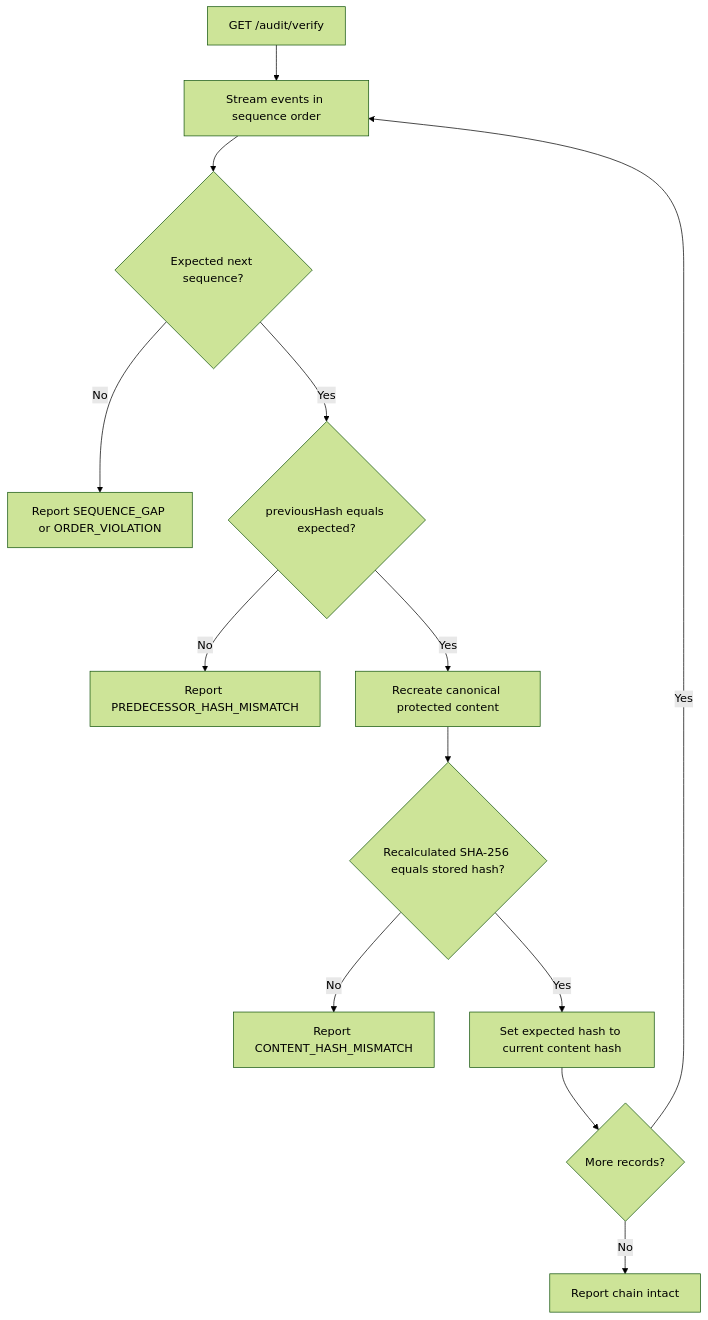
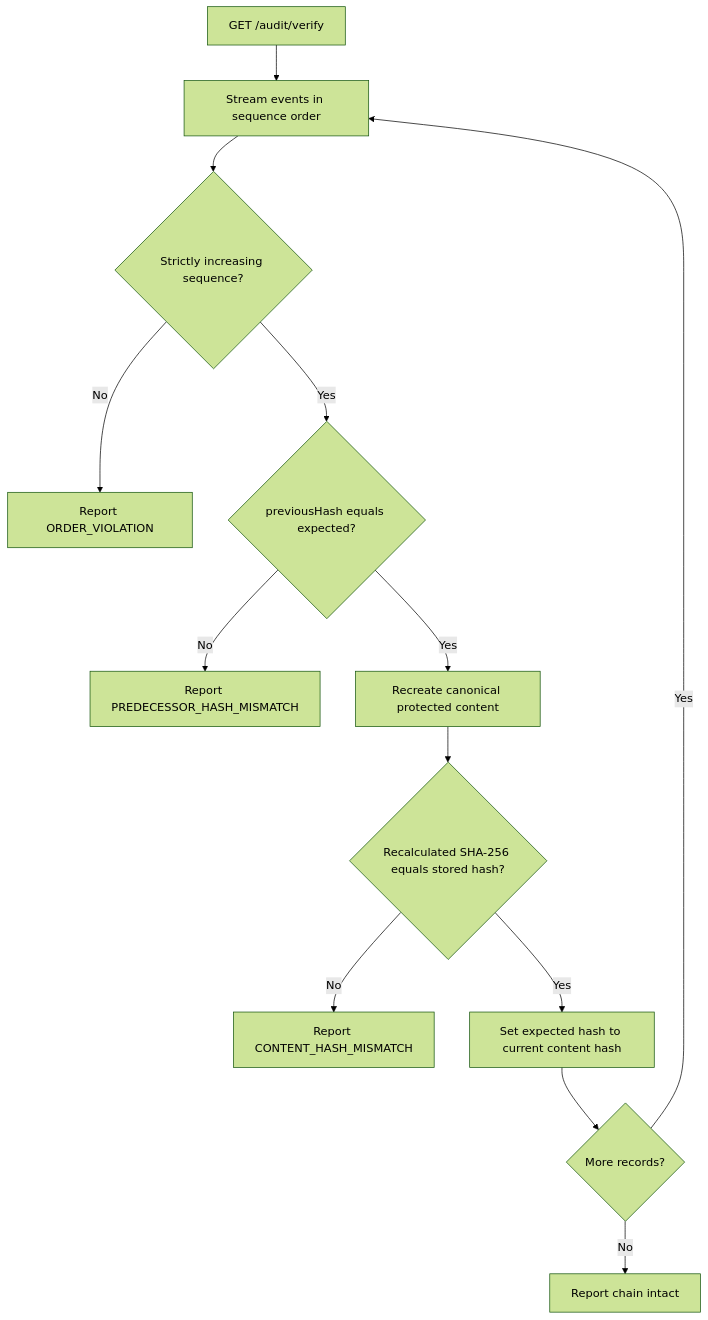
One commit to hrushikeshnukala0501-gif/audit-log-service changed the fourth of 4 diagrams in docs/architecture.md. Above: the diagram before and after it, drawn with Mermaid (forest theme). The commit also changed other lines of this file and 9 other files, not shown here.

````diff
--- a/docs/architecture.md
+++ b/docs/architecture.md
@@ -175,15 +175,15 @@
 ```mermaid
 flowchart TD
     A["GET /audit/verify"] --> B["Stream events in sequence order"]
-    B --> C{"Expected next sequence?"}
-    C -- "No" --> X["Report SEQUENCE_GAP or ORDER_VIOLATION"]
+    B --> C{"Strictly increasing sequence?"}
+    C -- "No" --> X["Report ORDER_VIOLATION"]
     C -- "Yes" --> D{"previousHash equals expected?"}
     D -- "No" --> Y["Report PREDECESSOR_HASH_MISMATCH"]
     D -- "Yes" --> E["Recreate canonical protected content"]
     E --> F{"Recalculated SHA-256 equals stored hash?"}
     F -- "No" --> Z["Report CONTENT_HASH_MISMATCH"]
     F -- "Yes" --> G["Set expected hash to current content hash"]
     G --> H{"More records?"}
     H -- "Yes" --> B
     H -- "No" --> I["Report chain intact"]
 ```
````
